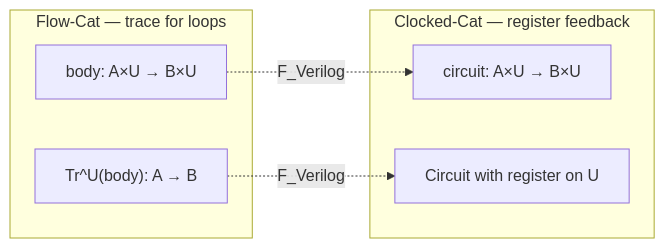
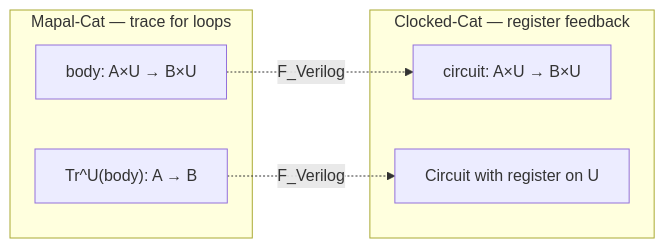
Before and after one commit to LessComplexity/flow: diagram 23 of 24 in docs/spec/category-ir.md, drawn with Mermaid. The commit also changed other lines of this file and 659 other files, not shown here.

````diff
--- a/docs/spec/category-ir.md
+++ b/docs/spec/category-ir.md
@@ -829,13 +829,13 @@
 ```mermaid
 flowchart LR
-    subgraph FL2["Flow-Cat — trace for loops"]
+    subgraph FL2["Mapal-Cat — trace for loops"]
         flbody["body: A×U → B×U"]
         fltrace["Tr^U(body): A → B"]
     end
     subgraph CC2["Clocked-Cat — register feedback"]
         ccbody["circuit: A×U → B×U"]
         cctrace["Circuit with register on U"]
     end
     flbody -. F_Verilog .-> ccbody
     fltrace -. F_Verilog .-> cctrace
 ```
````
